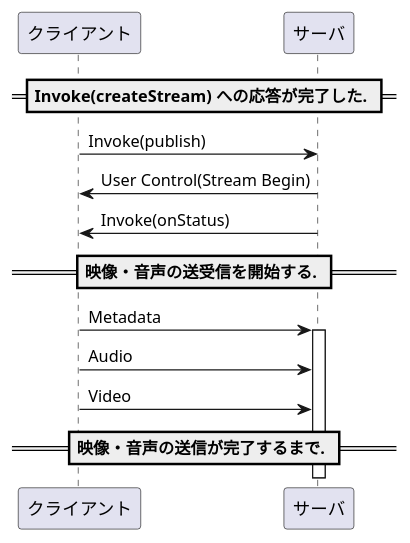
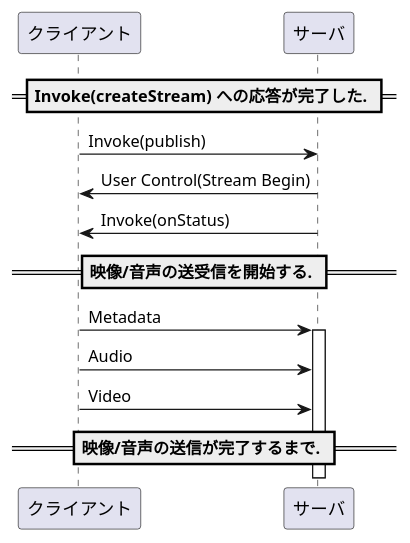
The eighth of 9 diagrams in src/markdowns/Overview.md (t-matsudate/rtmp-reports-src), drawn with PlantUML before and after one commit. The commit also changed other lines of this file and 1 other file, not shown here.

```diff
--- a/src/markdowns/Overview.md
+++ b/src/markdowns/Overview.md
@@ -2045,11 +2045,11 @@
 @startuml
 == Invoke(createStream) への応答が完了した. ==
 クライアント -> サーバ: Invoke(publish)
 サーバ -> クライアント: User Control(Stream Begin)
 サーバ -> クライアント: Invoke(onStatus)
-== 映像・音声の送受信を開始する. ==
+== 映像/音声の送受信を開始する. ==
 クライアント -> サーバ ++ : Metadata
 クライアント -> サーバ: Audio
 クライアント -> サーバ: Video
-== 映像・音声の送信が完了するまで. ==
+== 映像/音声の送信が完了するまで. ==
 @enduml
```
